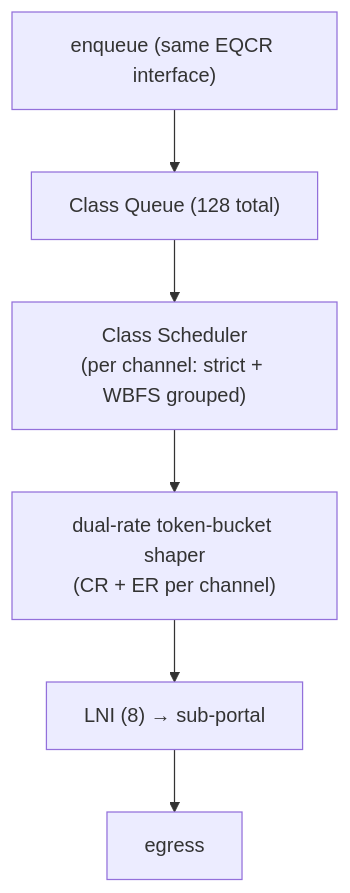
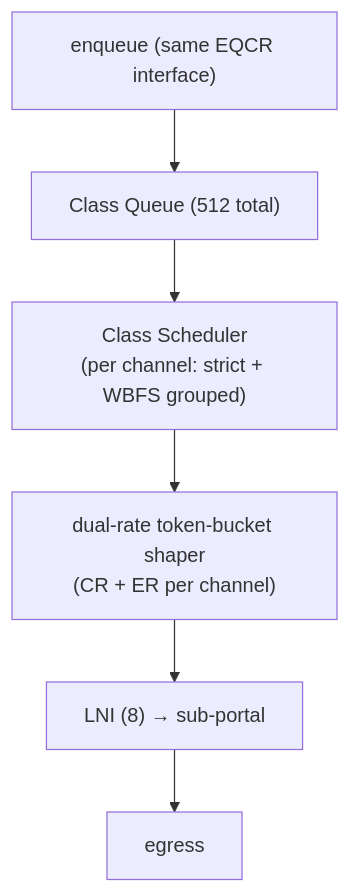
Before and after one commit to mihakralj/vyos-ls1046a-build: the fourth of 4 diagrams in arch/qman-ceetm.md, drawn with Mermaid. The commit also changed other lines of this file and 15 other files, not shown here.

````diff
--- a/arch/qman-ceetm.md
+++ b/arch/qman-ceetm.md
@@ -210,8 +213,8 @@
 ```mermaid
 flowchart TD
-    EQ["enqueue (same EQCR interface)"] --> CQ["Class Queue (128 total)"]
+    EQ["enqueue (same EQCR interface)"] --> CQ["Class Queue (512 total)"]
     CQ --> CS["Class Scheduler<br/>(per channel: strict + WBFS grouped)"]
     CS --> SHAPER["dual-rate token-bucket shaper<br/>(CR + ER per channel)"]
     SHAPER --> LNI["LNI (8) → sub-portal"]
     LNI --> WIRE[egress]
 ```
````
